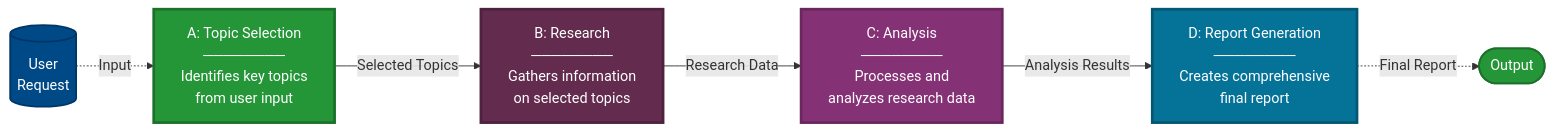
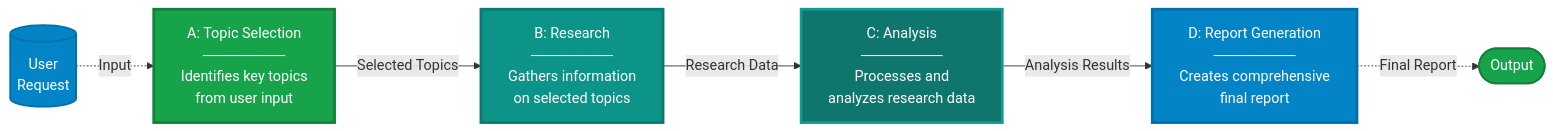
The first of 6 diagrams in docs/patterns/design-patterns.md (nitin27may/ai-resources), drawn with Mermaid before and after one commit. The commit also changed other lines of this file and 84 other files, not shown here.

````diff
--- a/docs/patterns/design-patterns.md
+++ b/docs/patterns/design-patterns.md
@@ -94,22 +93,22 @@
 ```mermaid
 flowchart LR
     User[("User<br/>Request")]
     A["A: Topic Selection<br/>────────<br/>Identifies key topics<br/>from user input"]
     B["B: Research<br/>────────<br/>Gathers information<br/>on selected topics"]
     C["C: Analysis<br/>────────<br/>Processes and<br/>analyzes research data"]
     D["D: Report Generation<br/>────────<br/>Creates comprehensive<br/>final report"]
     End([Output])
     
     User -.->|Input| A
     A -->|Selected Topics| B
     B -->|Research Data| C
     C -->|Analysis Results| D
     D -.->|Final Report| End
     
-    style User fill:#004987,stroke:#003665,stroke-width:2px,color:#fff
-    style A fill:#259638,stroke:#1C712A,stroke-width:3px,color:#fff
-    style B fill:#632C4F,stroke:#4E223E,stroke-width:3px,color:#fff
-    style C fill:#853175,stroke:#6A275E,stroke-width:3px,color:#fff
-    style D fill:#057398,stroke:#045672,stroke-width:3px,color:#fff
-    style End fill:#259638,stroke:#1C712A,stroke-width:2px,color:#fff
+    style User fill:#0284c7,stroke:#0270a8,stroke-width:2px,color:#fff
+    style A fill:#16a34a,stroke:#15803d,stroke-width:3px,color:#fff
+    style B fill:#0d9488,stroke:#0b7a72,stroke-width:3px,color:#fff
+    style C fill:#0f766e,stroke:#119b91,stroke-width:3px,color:#fff
+    style D fill:#0284c7,stroke:#0270a8,stroke-width:3px,color:#fff
+    style End fill:#16a34a,stroke:#15803d,stroke-width:2px,color:#fff
 ```
````
